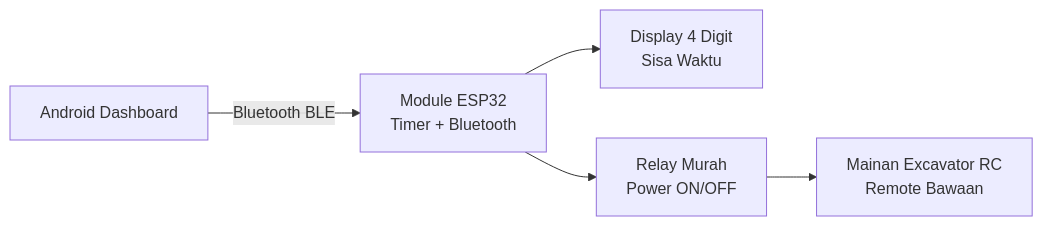
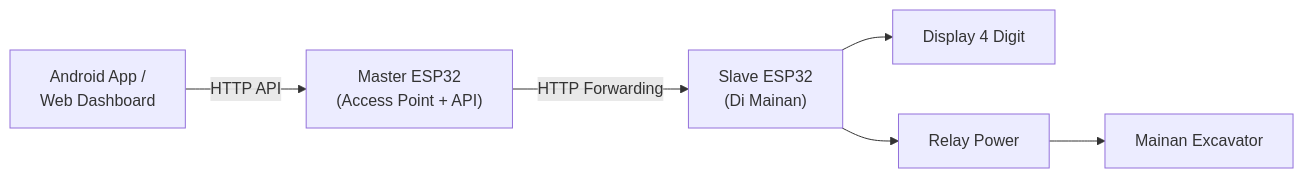
One commit to trefeon/excavator-rental-timer changed the diagram in PROPOSAL.md. Above: the diagram before and after it, drawn with Mermaid. The commit also changed other lines of this file and 12 other files, not shown here.

Commit message:
feat: migrate from BLE direct to Wi-Fi Master-Slave architecture for excavator rental timer module

````diff
--- a/PROPOSAL.md
+++ b/PROPOSAL.md
@@ -50,13 +54,15 @@
 ```mermaid
 flowchart LR
-  app["Android Dashboard"]
-  esp["Module ESP32<br/>Timer + Bluetooth"]
-  display["Display 4 Digit<br/>Sisa Waktu"]
-  relay["Relay Murah<br/>Power ON/OFF"]
-  toy["Mainan Excavator RC<br/>Remote Bawaan"]
+  app["Android App /<br/>Web Dashboard"]
+  master["Master ESP32<br/>(Access Point + API)"]
+  slave["Slave ESP32<br/>(Di Mainan)"]
+  display["Display 4 Digit"]
+  relay["Relay Power"]
+  toy["Mainan Excavator"]
 
-  app -- "Bluetooth BLE" --> esp
-  esp --> display
-  esp --> relay
+  app -- "HTTP API" --> master
+  master -- "HTTP Forwarding" --> slave
+  slave --> display
+  slave --> relay
   relay --> toy
 ```
````
